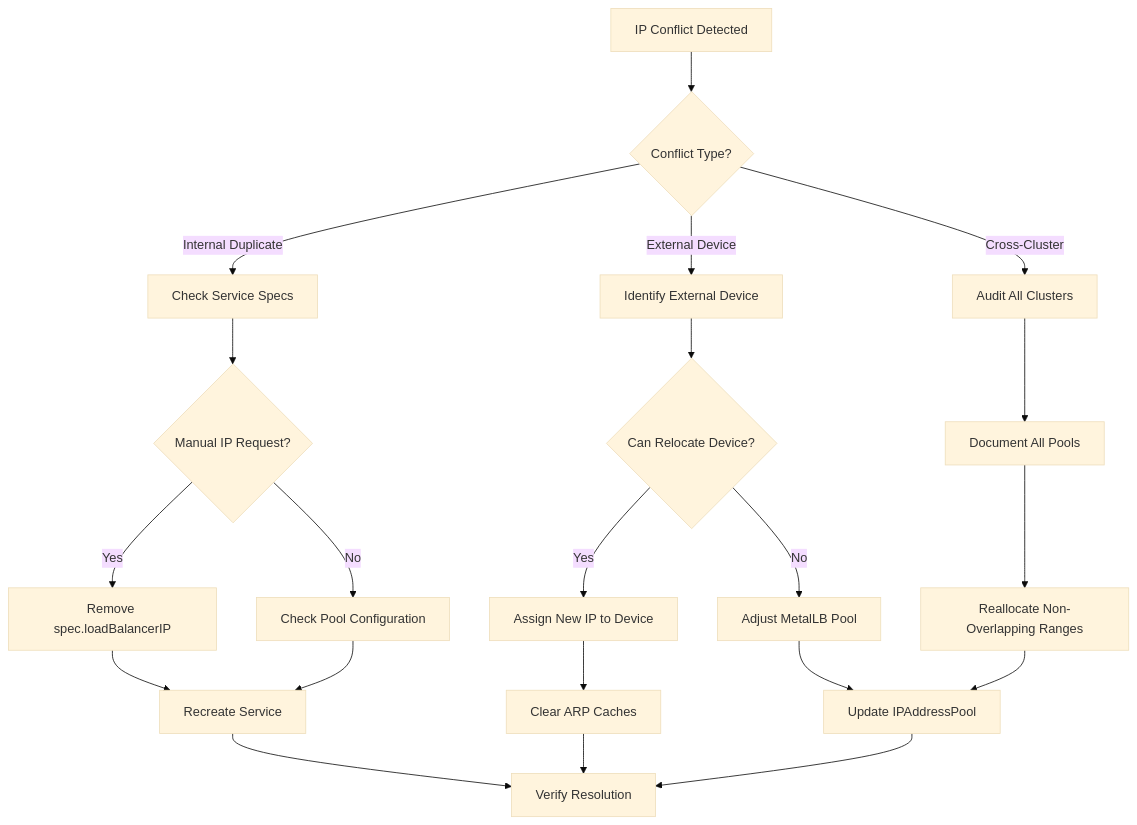
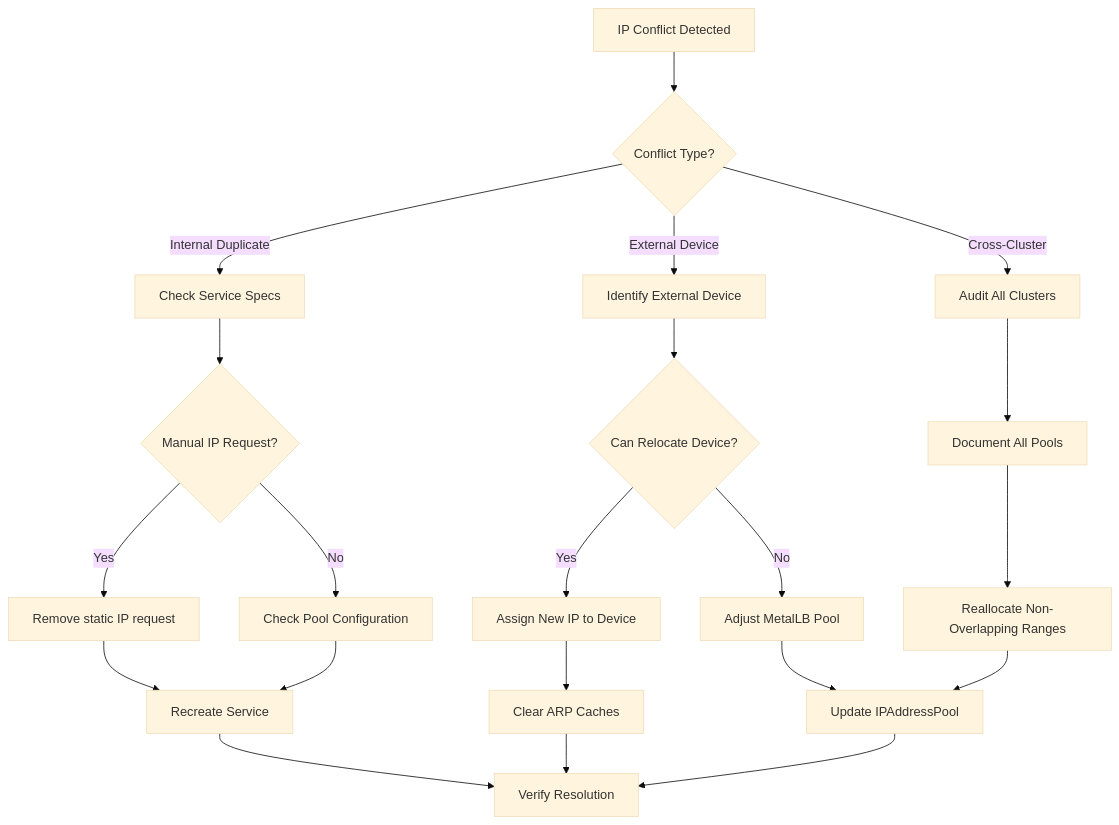
One commit to OneUptime/blog changed the third of 5 diagrams in posts/2026-01-07-metallb-ip-address-conflicts/README.md. Above: the diagram before and after it, drawn with Mermaid (base theme). The commit also changed other lines of this file and 2 other files, not shown here.

````diff
--- a/posts/2026-01-07-metallb-ip-address-conflicts/README.md
+++ b/posts/2026-01-07-metallb-ip-address-conflicts/README.md
@@ -274,29 +275,29 @@
 ```mermaid
 flowchart TD
     A[IP Conflict Detected] --> B{Conflict Type?}
 
     B -->|Internal Duplicate| C[Check Service Specs]
     B -->|External Device| D[Identify External Device]
     B -->|Cross-Cluster| E[Audit All Clusters]
 
     C --> C1{Manual IP Request?}
-    C1 -->|Yes| C2[Remove spec.loadBalancerIP]
+    C1 -->|Yes| C2[Remove static IP request]
     C1 -->|No| C3[Check Pool Configuration]
 
     D --> D1{Can Relocate Device?}
     D1 -->|Yes| D2[Assign New IP to Device]
     D1 -->|No| D3[Adjust MetalLB Pool]
 
     E --> E1[Document All Pools]
     E1 --> E2[Reallocate Non-Overlapping Ranges]
 
     C2 --> F[Recreate Service]
     C3 --> F
     D2 --> G[Clear ARP Caches]
     D3 --> H[Update IPAddressPool]
     E2 --> H
 
     F --> I[Verify Resolution]
     G --> I
     H --> I
 ```
````
